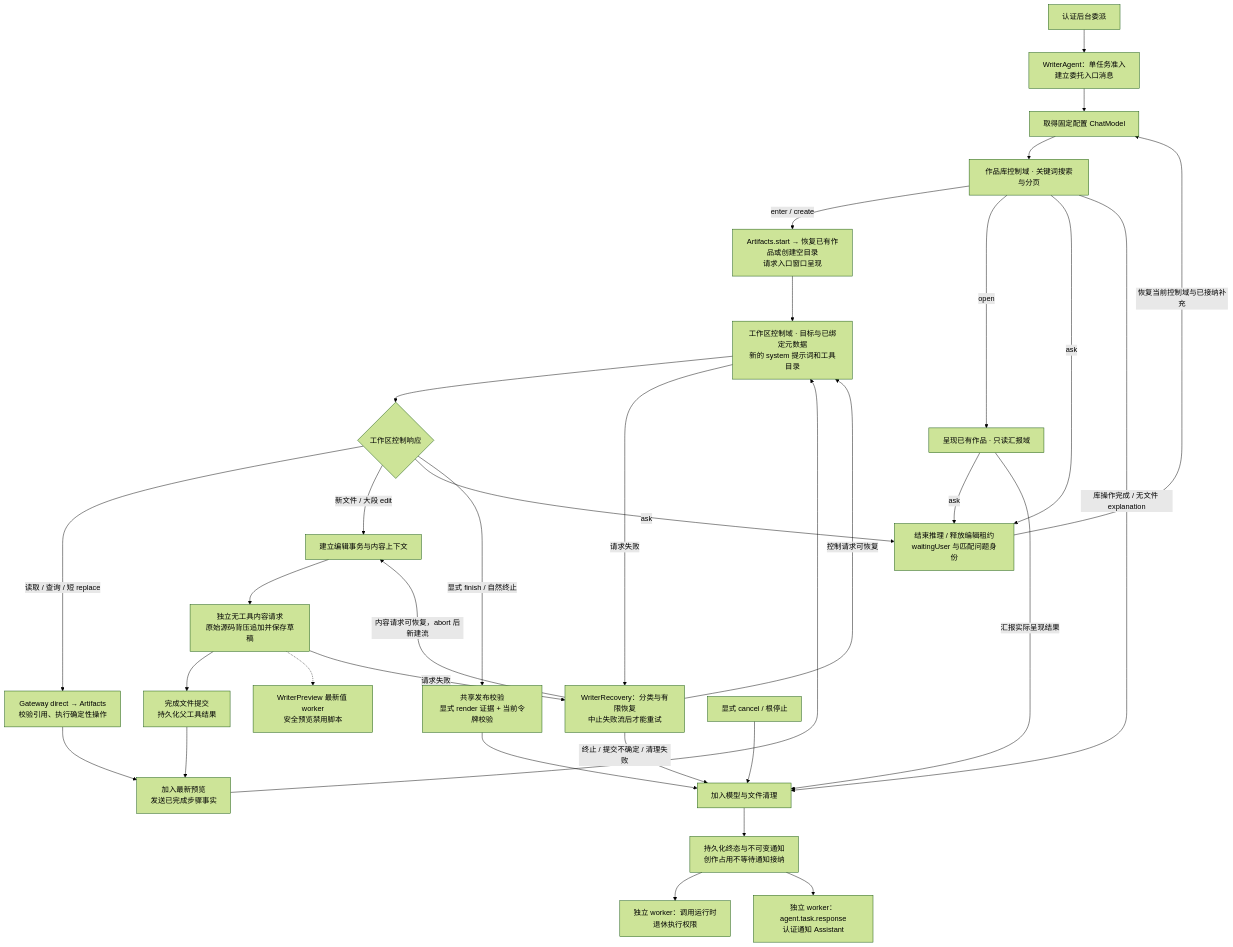
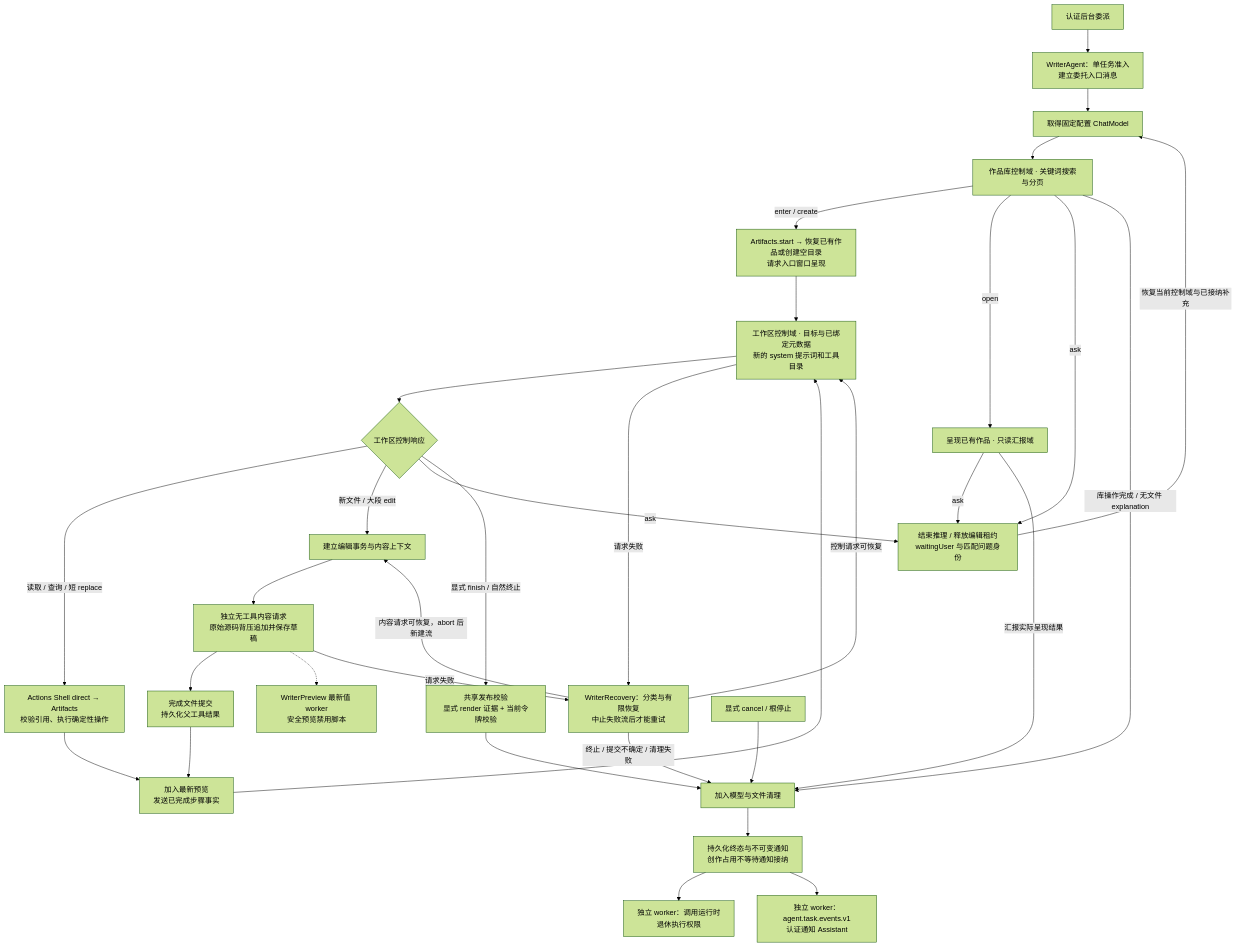
The diagram in MobileHarness/Agents/Writer/README.md (devilyouwei/MobileHarness), drawn with Mermaid (forest theme) before and after one commit. The commit also changed other lines of this file and 246 other files, not shown here.

````diff
--- a/MobileHarness/Agents/Writer/README.md
+++ b/MobileHarness/Agents/Writer/README.md
@@ -21,35 +21,35 @@
 ```mermaid
 flowchart TD
     Request["认证后台委派"] --> Admission["WriterAgent：单任务准入<br/>建立委托入口消息"]
     Admission --> Model["取得固定配置 ChatModel"]
     Model --> Library["作品库控制域 · 关键词搜索与分页"]
     Library -->|"enter / create"| Prepare["Artifacts.start → 恢复已有作品或创建空目录<br/>请求入口窗口呈现"]
     Library -->|"open"| View["呈现已有作品 · 只读汇报域"]
     Prepare --> Control["工作区控制域 · 目标与已绑定元数据<br/>新的 system 提示词和工具目录"]
     Control --> Route{"工作区控制响应"}
-    Route -->|"读取 / 查询 / 短 replace"| Tools["Gateway direct → Artifacts<br/>校验引用、执行确定性操作"]
+    Route -->|"读取 / 查询 / 短 replace"| Tools["Actions Shell direct → Artifacts<br/>校验引用、执行确定性操作"]
     Route -->|"新文件 / 大段 edit"| Begin["建立编辑事务与内容上下文"]
     Begin --> Content["独立无工具内容请求<br/>原始源码背压追加并保存草稿"]
     Content --> Commit["完成文件提交<br/>持久化父工具结果"]
     Content -.-> Preview["WriterPreview 最新值 worker<br/>安全预览禁用脚本"]
     Commit --> Step["加入最新预览<br/>发送已完成步骤事实"]
     Tools --> Step
     Step --> Control
     Library -->|"ask"| Wait
     View -->|"ask"| Wait
     Route -->|"ask"| Wait["结束推理 / 释放编辑租约<br/>waitingUser 与匹配问题身份"]
     Wait -->|"恢复当前控制域与已接纳补充"| Model
     Route -->|"显式 finish / 自然终止"| Publish["共享发布校验<br/>显式 render 证据 + 当前令牌校验"]
     Publish --> Cleanup["加入模型与文件清理"]
     Library -->|"库操作完成 / 无文件 explanation"| Cleanup
     View -->|"汇报实际呈现结果"| Cleanup
     Control -->|"请求失败"| Recovery["WriterRecovery：分类与有限恢复<br/>中止失败流后才能重试"]
     Content -->|"请求失败"| Recovery
     Recovery -->|"控制请求可恢复"| Control
     Recovery -->|"内容请求可恢复，abort 后新建流"| Begin
     Recovery -->|"终止 / 提交不确定 / 清理失败"| Cleanup
     Cancel["显式 cancel / 根停止"] --> Cleanup
     Cleanup --> Terminal["持久化终态与不可变通知<br/>创作占用不等待通知接纳"]
     Terminal --> Retirement["独立 worker：调用运行时<br/>退休执行权限"]
-    Terminal --> Notification["独立 worker：agent.task.response<br/>认证通知 Assistant"]
+    Terminal --> Notification["独立 worker：agent.task.events.v1<br/>认证通知 Assistant"]
 ```
````
